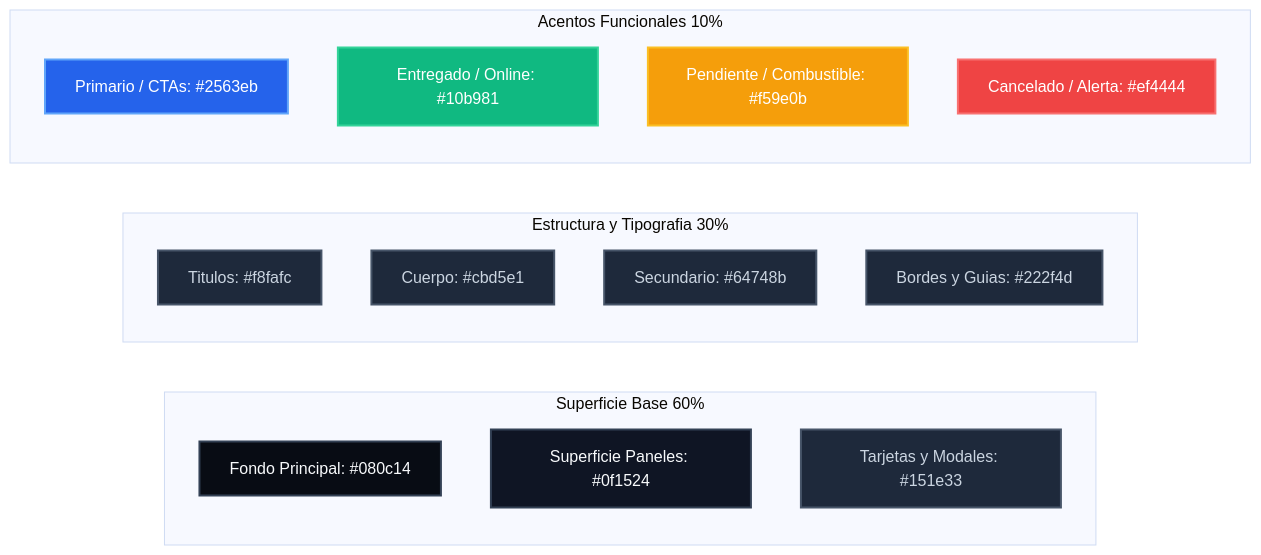
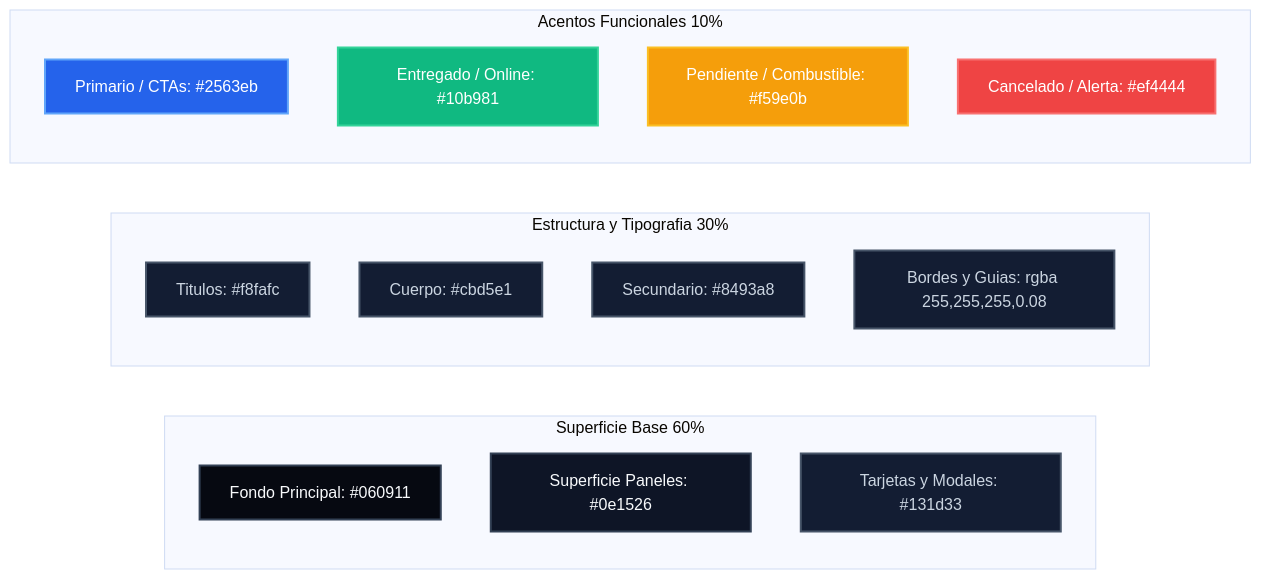
Before and after one commit to agus123e21/TerMate: the third of 4 diagrams in DESIGN.md, drawn with Mermaid (base theme). The commit also changed other lines of this file and 2 other files, not shown here.

````diff
--- a/DESIGN.md
+++ b/DESIGN.md
@@ -80,30 +80,30 @@
 ```mermaid
 graph LR
-    classDef base fill:#080c14,stroke:#334155,stroke-width:2px,color:#f8fafc;
-    classDef surface fill:#0f1524,stroke:#334155,stroke-width:2px,color:#f8fafc;
-    classDef structural fill:#1e293b,stroke:#475569,stroke-width:2px,color:#cbd5e1;
+    classDef base fill:#060911,stroke:#334155,stroke-width:2px,color:#f8fafc;
+    classDef surface fill:#0e1526,stroke:#334155,stroke-width:2px,color:#f8fafc;
+    classDef structural fill:#131d33,stroke:#475569,stroke-width:2px,color:#cbd5e1;
     classDef accentPrimary fill:#2563eb,stroke:#60a5fa,stroke-width:2px,color:#ffffff;
     classDef accentSuccess fill:#10b981,stroke:#34d399,stroke-width:2px,color:#ffffff;
     classDef accentWarning fill:#f59e0b,stroke:#fbbf24,stroke-width:2px,color:#ffffff;
     classDef accentDanger fill:#ef4444,stroke:#f87171,stroke-width:2px,color:#ffffff;
 
     subgraph Base_60pct [Superficie Base 60%]
-        BG[Fondo Principal: #080c14]:::base
-        Surface[Superficie Paneles: #0f1524]:::surface
-        Card[Tarjetas y Modales: #151e33]:::structural
+        BG[Fondo Principal: #060911]:::base
+        Surface[Superficie Paneles: #0e1526]:::surface
+        Card[Tarjetas y Modales: #131d33]:::structural
     end
 
     subgraph Estructural_30pct [Estructura y Tipografia 30%]
         TextTitle[Titulos: #f8fafc]:::structural
         TextBody[Cuerpo: #cbd5e1]:::structural
-        TextMuted[Secundario: #64748b]:::structural
-        Border[Bordes y Guias: #222f4d]:::structural
+        TextMuted[Secundario: #8493a8]:::structural
+        Border[Bordes y Guias: rgba 255,255,255,0.08]:::structural
     end
 
     subgraph Acentos_10pct [Acentos Funcionales 10%]
         AccPrimary[Primario / CTAs: #2563eb]:::accentPrimary
         AccSuccess[Entregado / Online: #10b981]:::accentSuccess
         AccWarning[Pendiente / Combustible: #f59e0b]:::accentWarning
         AccDanger[Cancelado / Alerta: #ef4444]:::accentDanger
     end
 ```
````
